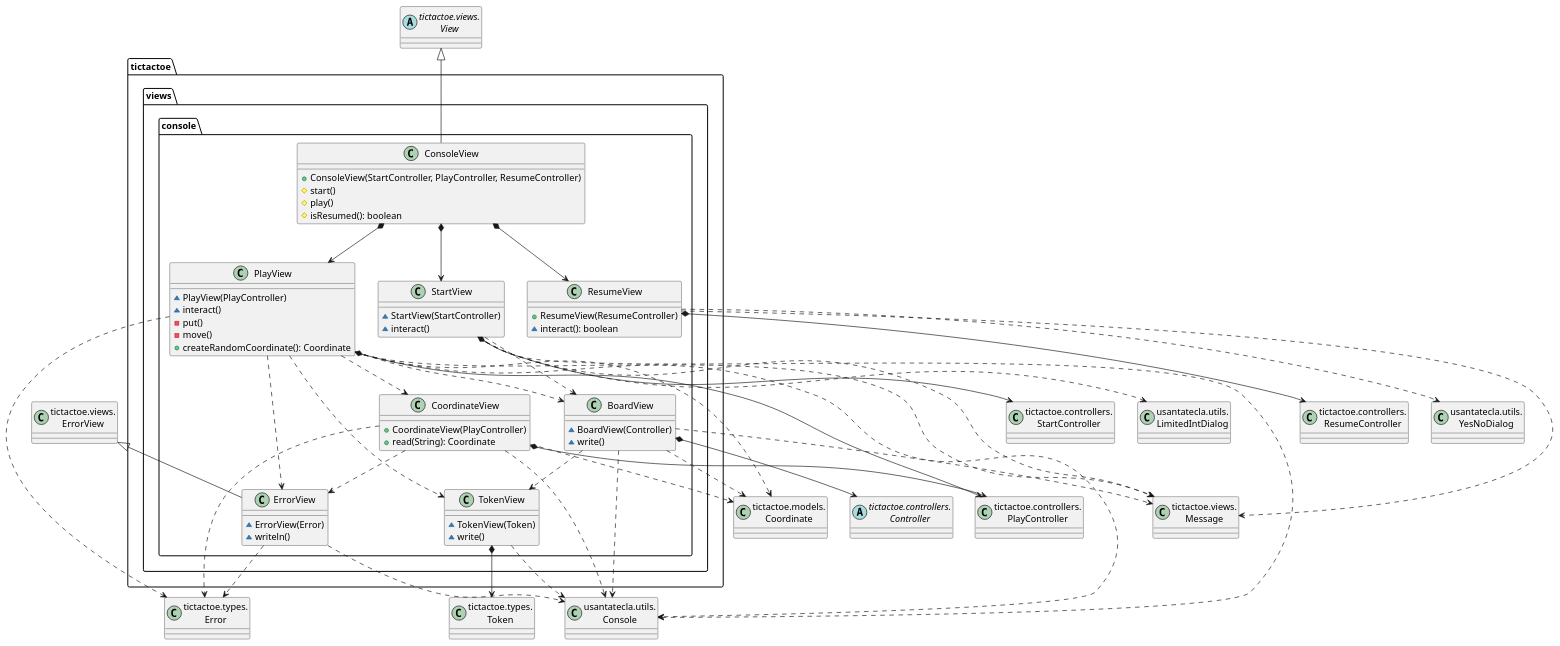
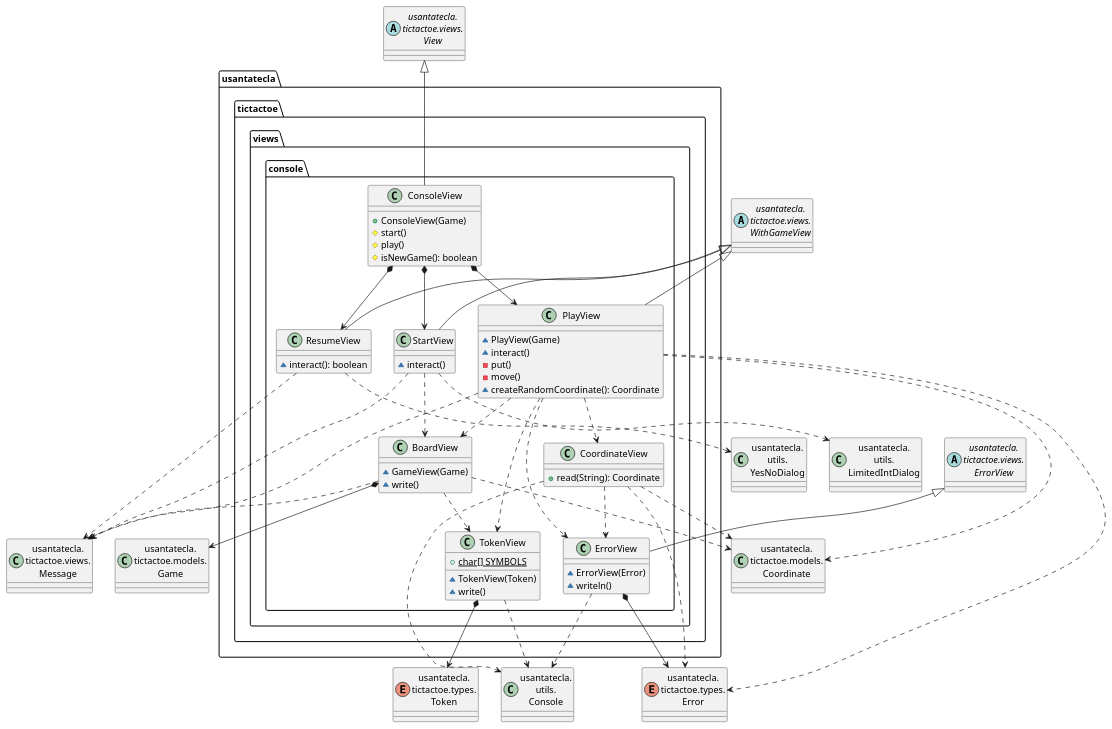
One commit to Jolucaa/USantaTecla-project-ticTacToe changed the third of 7 diagrams in modelViewPresenter/presentationModel/basic/docs/diagrams/src/paquetes.plantuml. Above: the diagram before and after it, drawn with PlantUML. The commit also changed other lines of this file and 149 other files, not shown here.

```diff
--- a/modelViewPresenter/presentationModel/basic/docs/diagrams/src/paquetes.plantuml
+++ b/modelViewPresenter/presentationModel/basic/docs/diagrams/src/paquetes.plantuml
@@ -89,97 +85,89 @@
-@startuml paqueteTicTactoeViewsConsole
-class Coordinate as "tictactoe.models.\nCoordinate"
-class Token as "tictactoe.types.\nToken"
-class Error as "tictactoe.types.\nError"
-abstract class Controller as "tictactoe.controllers.\nController"
-class StartController as "tictactoe.controllers.\nStartController"
-class PlayController as "tictactoe.controllers.\nPlayController"
-class ResumeController as "tictactoe.controllers.\nResumeController"
-abstract class View as "tictactoe.views.\nView"
-class Message as "tictactoe.views.\nMessage"
-class ErrorView as "tictactoe.views.\nErrorView"
-class Console as "usantatecla.utils.\nConsole"
-class YesNoDialog as "usantatecla.utils.\nYesNoDialog"
-class LimitedIntDialog as "usantatecla.utils.\nLimitedIntDialog"
+@startuml tictactoe.views.console
+class Game as "usantatecla.\ntictactoe.models.\nGame"
+class Coordinate as "usantatecla.\ntictactoe.models.\nCoordinate"
+enum Error as "usantatecla.\ntictactoe.types.\nError"
+enum Token as "usantatecla.\ntictactoe.types.\nToken"
+abstract class WithGameView as "usantatecla.\ntictactoe.views.\nWithGameView"
+abstract class View as "usantatecla.\ntictactoe.views.\nView"
+abstract class ErrorView as "usantatecla.\ntictactoe.views.\nErrorView"
+class Message as "usantatecla.\ntictactoe.views.\nMessage"
+class Console as "usantatecla.\nutils.\nConsole"
+class YesNoDialog as "usantatecla.\nutils.\nYesNoDialog"
+class LimitedIntDialog as "usantatecla.\nutils.\nLimitedIntDialog"
 
-class tictactoe.views.console.ConsoleView{
-  + ConsoleView(StartController, PlayController, ResumeController)
-  # start()
-  # play()
-  # isResumed(): boolean
+class usantatecla.tictactoe.views.console.CoordinateView {
+	+ read(String): Coordinate
 }
-tictactoe.views.console.ConsoleView -up-|> View
-tictactoe.views.console.ConsoleView *-down-> tictactoe.views.console.StartView
-tictactoe.views.console.ConsoleView *-down-> tictactoe.views.console.PlayView
-tictactoe.views.console.ConsoleView *-down-> tictactoe.views.console.ResumeView
+usantatecla.tictactoe.views.console.CoordinateView .down.> usantatecla.tictactoe.views.console.ErrorView
+usantatecla.tictactoe.views.console.CoordinateView .down.> Console
+usantatecla.tictactoe.views.console.CoordinateView .down.> Error
+usantatecla.tictactoe.views.console.CoordinateView .down.> Coordinate
 
-class tictactoe.views.console.CoordinateView {
-  + CoordinateView(PlayController)
-  + read(String): Coordinate
+class usantatecla.tictactoe.views.console.ErrorView {
+	~ ErrorView(Error)
+	~ writeln()
 }
-tictactoe.views.console.CoordinateView *-down-> PlayController
-tictactoe.views.console.CoordinateView .down.> tictactoe.views.console.ErrorView
-tictactoe.views.console.CoordinateView .down.> Console
-tictactoe.views.console.CoordinateView .down.> Error
-tictactoe.views.console.CoordinateView .down.> Coordinate
+usantatecla.tictactoe.views.console.ErrorView -up-|> ErrorView
+usantatecla.tictactoe.views.console.ErrorView .down.> Console
+usantatecla.tictactoe.views.console.ErrorView *-down-> Error
 
-class  tictactoe.views.console.ErrorView{
-  ~ ErrorView(Error)
-  ~ writeln()
+class usantatecla.tictactoe.views.console.BoardView {
+	~ GameView(Game)
+	~ write()
 }
-tictactoe.views.console.ErrorView .down.> Error
-tictactoe.views.console.ErrorView .down.> Console
-ErrorView <|-down- tictactoe.views.console.ErrorView
+usantatecla.tictactoe.views.console.BoardView *-down-> Game
+usantatecla.tictactoe.views.console.BoardView .down.> usantatecla.tictactoe.views.console.TokenView
+usantatecla.tictactoe.views.console.BoardView .down.> Coordinate
+usantatecla.tictactoe.views.console.BoardView .down.> Message
 
-class  tictactoe.views.console.BoardView{
-  ~ BoardView(Controller)
-  ~ write()
+class usantatecla.tictactoe.views.console.PlayView {
+	~ PlayView(Game)
+	~ interact()
+	- put()
+	- move()
+	~ createRandomCoordinate(): Coordinate
 }
-tictactoe.views.console.BoardView *-down-> Controller
-tictactoe.views.console.BoardView .down.> tictactoe.views.console.TokenView
-tictactoe.views.console.BoardView .down.> Coordinate
-tictactoe.views.console.BoardView .down.> Message
-tictactoe.views.console.BoardView .down.> Console
+WithGameView <|-down- usantatecla.tictactoe.views.console.PlayView
+usantatecla.tictactoe.views.console.PlayView .down.> usantatecla.tictactoe.views.console.ErrorView
+usantatecla.tictactoe.views.console.PlayView .down.> usantatecla.tictactoe.views.console.CoordinateView
+usantatecla.tictactoe.views.console.PlayView .down.> usantatecla.tictactoe.views.console.BoardView
+usantatecla.tictactoe.views.console.PlayView .down.> usantatecla.tictactoe.views.console.TokenView
+usantatecla.tictactoe.views.console.PlayView .down.> Coordinate
+usantatecla.tictactoe.views.console.PlayView .down.> Message
+usantatecla.tictactoe.views.console.PlayView .down.> Error
 
-class  tictactoe.views.console.PlayView{
-  ~ PlayView(PlayController)
-  ~ interact()
-  - put()
-  - move()
-  + createRandomCoordinate(): Coordinate
+class usantatecla.tictactoe.views.console.ResumeView {
+	~ interact(): boolean
 }
-tictactoe.views.console.PlayView *-down-> PlayController
-tictactoe.views.console.PlayView .down.> tictactoe.views.console.BoardView
-tictactoe.views.console.PlayView .down.> tictactoe.views.console.TokenView
-tictactoe.views.console.PlayView .down.> tictactoe.views.console.CoordinateView
-tictactoe.views.console.PlayView .down.> tictactoe.views.console.ErrorView
-tictactoe.views.console.PlayView .down.> Coordinate
-tictactoe.views.console.PlayView .down.> Message
-tictactoe.views.console.PlayView .down.> Error
-tictactoe.views.console.PlayView .down.> Console
+WithGameView <|-down- usantatecla.tictactoe.views.console.ResumeView
+usantatecla.tictactoe.views.console.ResumeView .down.> Message
+usantatecla.tictactoe.views.console.ResumeView .down.> YesNoDialog
 
-class  tictactoe.views.console.ResumeView{
-  + ResumeView(ResumeController)
-  ~ interact(): boolean
+class usantatecla.tictactoe.views.console.StartView {
+	~ interact()
 }
-tictactoe.views.console.ResumeView *-down-> ResumeController
-tictactoe.views.console.ResumeView .down.> Message
-tictactoe.views.console.ResumeView .down.> YesNoDialog
+WithGameView <|-down- usantatecla.tictactoe.views.console.StartView
+usantatecla.tictactoe.views.console.StartView .down.> usantatecla.tictactoe.views.console.BoardView
+usantatecla.tictactoe.views.console.StartView .down.> Message
+usantatecla.tictactoe.views.console.StartView .down.> LimitedIntDialog
 
-class tictactoe.views.console.StartView{
-  ~ StartView(StartController)
-  ~ interact()
+class usantatecla.tictactoe.views.console.TokenView {
+	+ {static} char[] SYMBOLS
+	~ TokenView(Token)
+	~ write()
 }
-tictactoe.views.console.StartView *-down-> StartController
-tictactoe.views.console.StartView .down.> tictactoe.views.console.BoardView
-tictactoe.views.console.StartView .down.> Message
-tictactoe.views.console.StartView .down.> Console
-tictactoe.views.console.StartView .down.> LimitedIntDialog
+usantatecla.tictactoe.views.console.TokenView *-down-> Token
+usantatecla.tictactoe.views.console.TokenView .down.> Console
 
-class tictactoe.views.console.TokenView{
-  ~ TokenView(Token)
-  ~ write()
+class usantatecla.tictactoe.views.console.ConsoleView {
+	+ ConsoleView(Game)
+	# start()
+	# play()
+	# isNewGame(): boolean
 }
-tictactoe.views.console.TokenView *-down-> Token
-tictactoe.views.console.TokenView .down.> Console
+View <|-down- usantatecla.tictactoe.views.console.ConsoleView
+usantatecla.tictactoe.views.console.ConsoleView *-down-> usantatecla.tictactoe.views.console.ResumeView
+usantatecla.tictactoe.views.console.ConsoleView *-down-> usantatecla.tictactoe.views.console.PlayView
+usantatecla.tictactoe.views.console.ConsoleView *-down-> usantatecla.tictactoe.views.console.StartView
 
 @enduml
```
